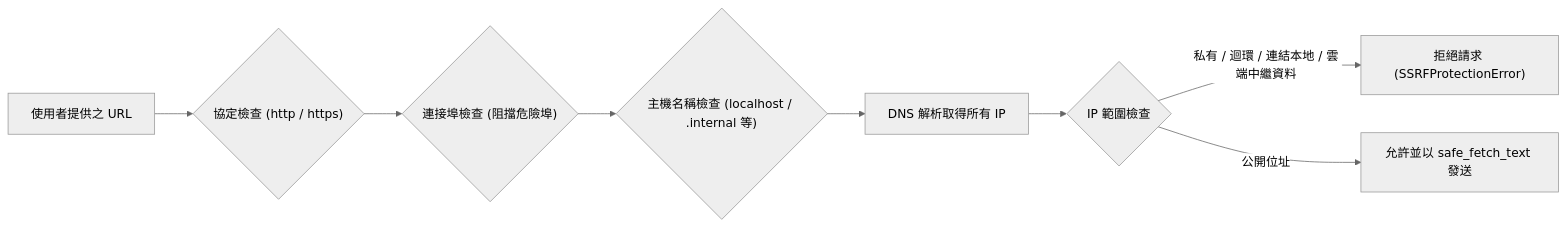
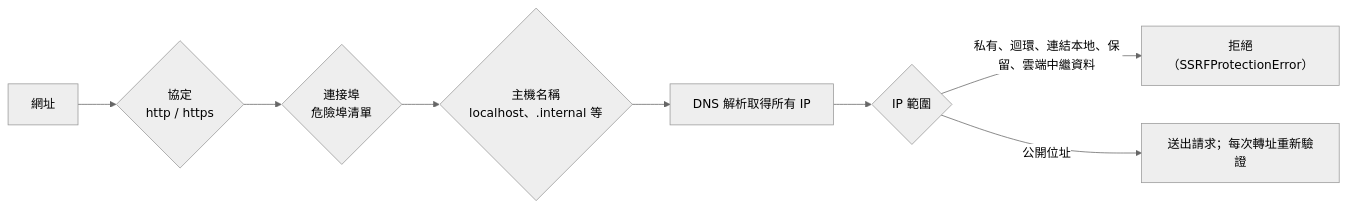
One commit to Scorpio-meow/AskMiao changed the ninth of 9 diagrams in docs/architecture.md. Above: the diagram before and after it, drawn with Mermaid (neutral theme). The commit also changed other lines of this file and 32 other files, not shown here.

````diff
--- a/docs/architecture.md
+++ b/docs/architecture.md
@@ -254,10 +511,10 @@
 ```mermaid
 flowchart LR
-    Input["使用者提供之 URL"] --> Scheme{"協定檢查 (http / https)"}
-    Scheme --> Port{"連接埠檢查 (阻擋危險埠)"}
-    Port --> Host{"主機名稱檢查 (localhost / .internal 等)"}
+    Input["網址"] --> Scheme{"協定<br/>http / https"}
+    Scheme --> Port{"連接埠<br/>危險埠清單"}
+    Port --> Host{"主機名稱<br/>localhost、.internal 等"}
     Host --> Resolve["DNS 解析取得所有 IP"]
-    Resolve --> IPCheck{"IP 範圍檢查"}
-    IPCheck -->|私有 / 迴環 / 連結本地 / 雲端中繼資料| Block["拒絕請求 (SSRFProtectionError)"]
-    IPCheck -->|公開位址| Allow["允許並以 safe_fetch_text 發送"]
+    Resolve --> IPCheck{"IP 範圍"}
+    IPCheck -->|私有、迴環、連結本地、保留、雲端中繼資料| Block["拒絕（SSRFProtectionError）"]
+    IPCheck -->|公開位址| Allow["送出請求；每次轉址重新驗證"]
 ```
````
